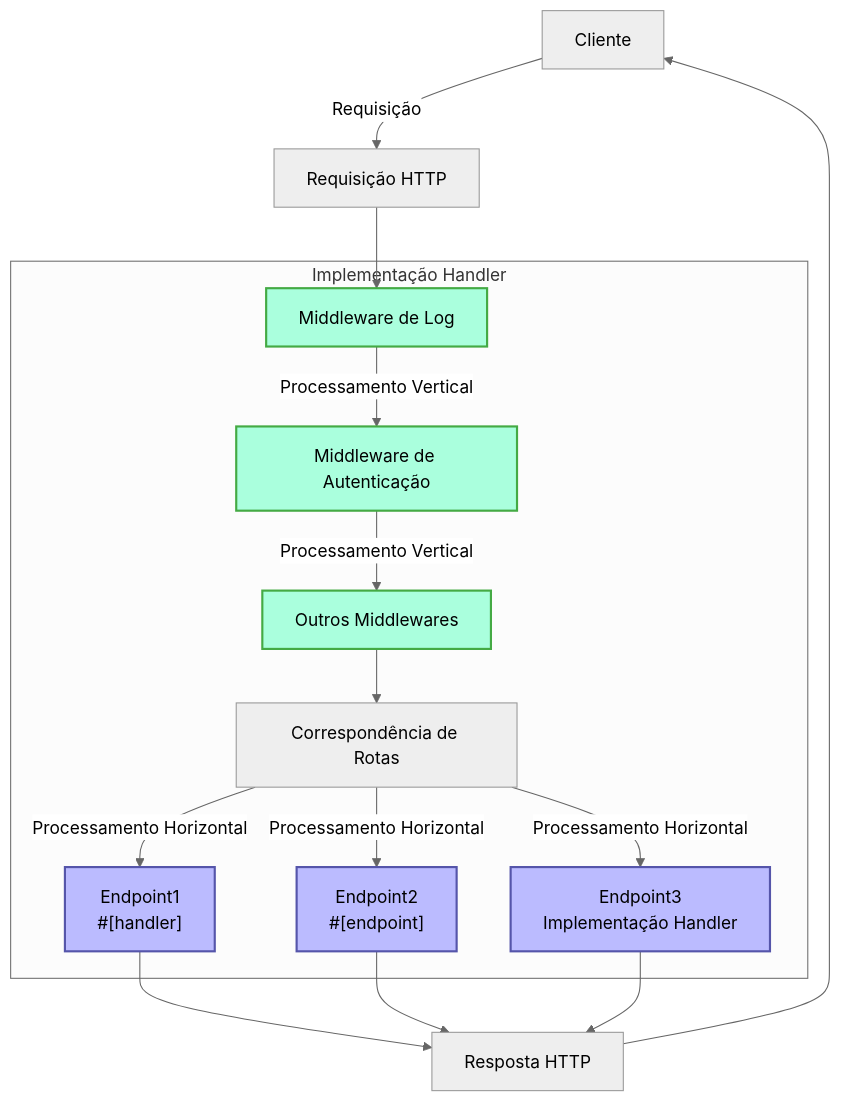
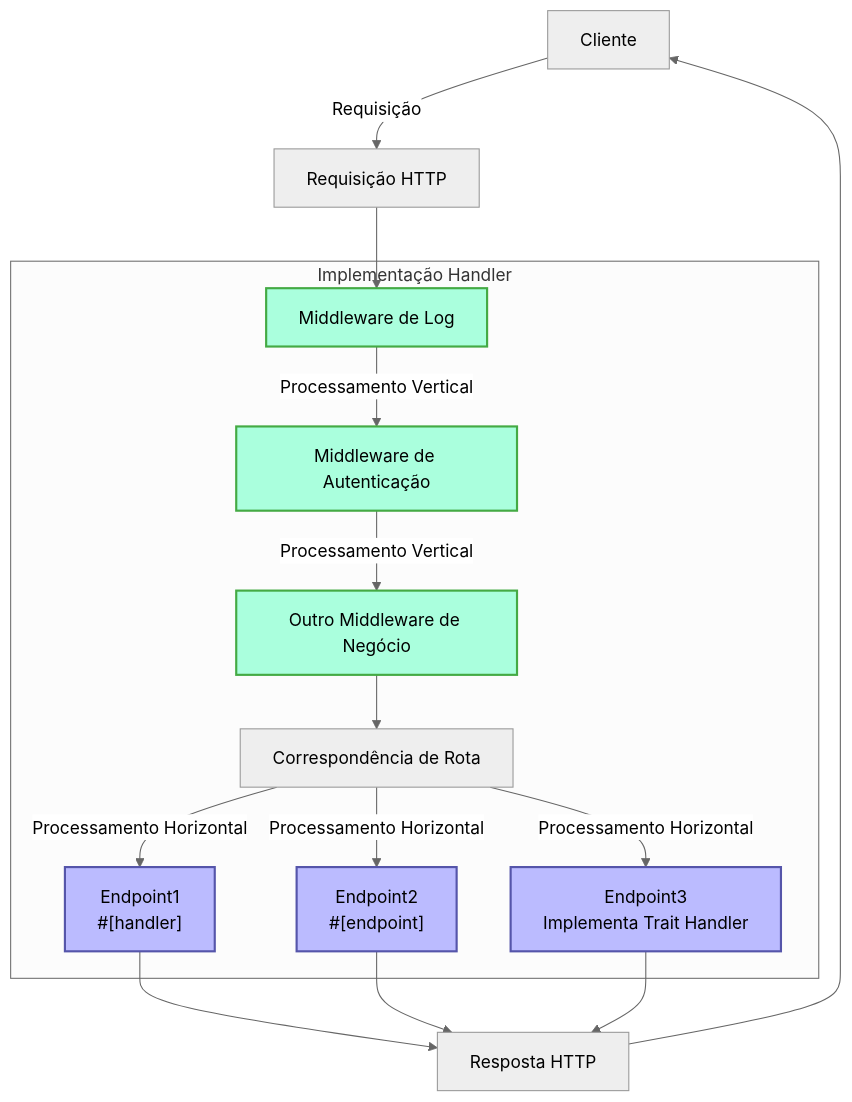
Before and after one commit to salvo-rs/website: the first of 2 diagrams in docs/pt/guide/concepts/handler.mdx, drawn with Mermaid (neutral theme). The commit also changed other lines of this file and 1062 other files, not shown here.

````diff
--- a/docs/pt/guide/concepts/handler.mdx
+++ b/docs/pt/guide/concepts/handler.mdx
@@ -15,25 +15,25 @@
 ```mermaid
 flowchart TD
     Client[Cliente] -->|Requisição| Request[Requisição HTTP]
     Request --> M1
 
     subgraph "Implementação Handler"
-        M1[Middleware de Log] -->|Processamento Vertical| M2[Middleware de Autenticação] -->|Processamento Vertical| M3[Outros Middlewares]
-        M3 --> Router[Correspondência de Rotas]
+        M1[Middleware de Log] -->|Processamento Vertical| M2[Middleware de Autenticação] -->|Processamento Vertical| M3[Outro Middleware de Negócio]
+        M3 --> Router[Correspondência de Rota]
 
         Router -->|Processamento Horizontal| E1["Endpoint1<br>#[handler]"]
         Router -->|Processamento Horizontal| E2["Endpoint2<br>#[endpoint]"]
-        Router -->|Processamento Horizontal| E3["Endpoint3<br>Implementação Handler"]
+        Router -->|Processamento Horizontal| E3["Endpoint3<br>Implementa Trait Handler"]
     end
 
     E1 --> Response[Resposta HTTP]
     E2 --> Response
     E3 --> Response
     Response --> Client
 
     classDef middleware fill:#afd,stroke:#4a4,stroke-width:2px;
     classDef endpoint fill:#bbf,stroke:#55a,stroke-width:2px;
 
     class M1,M2,M3 middleware;
     class E1,E2,E3 endpoint;
 ```
````
